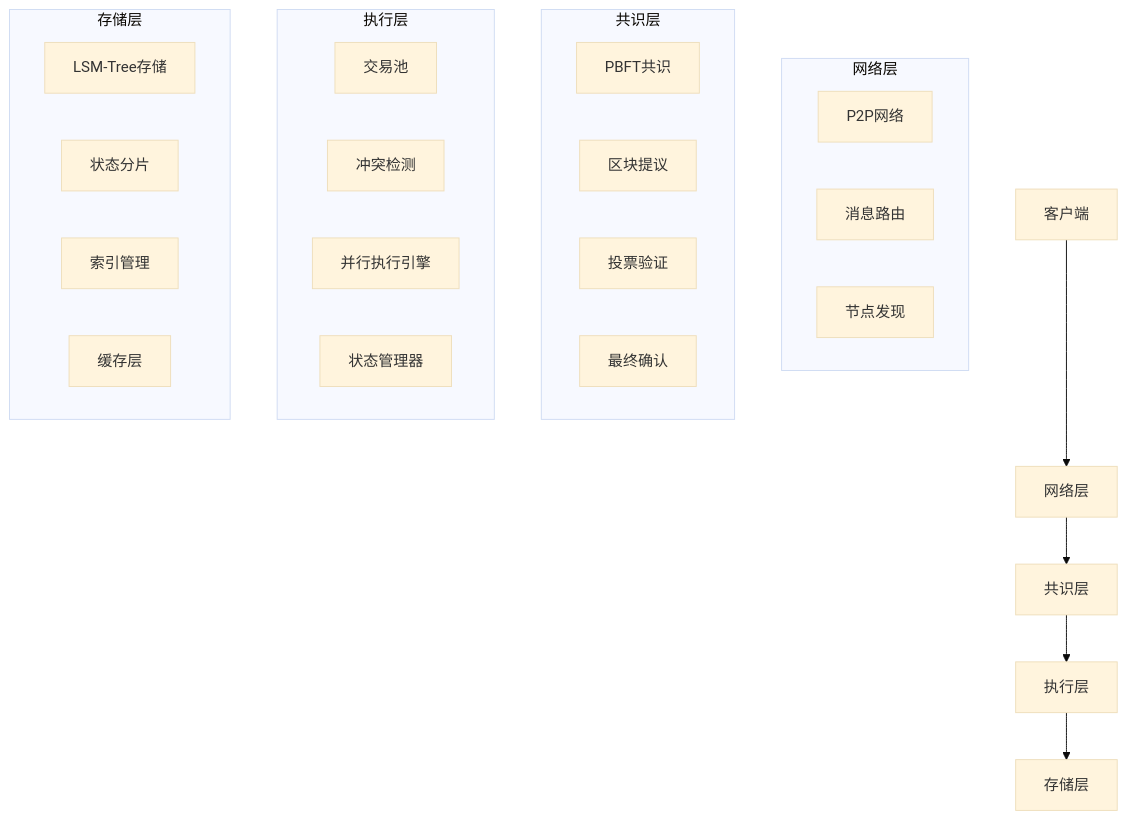
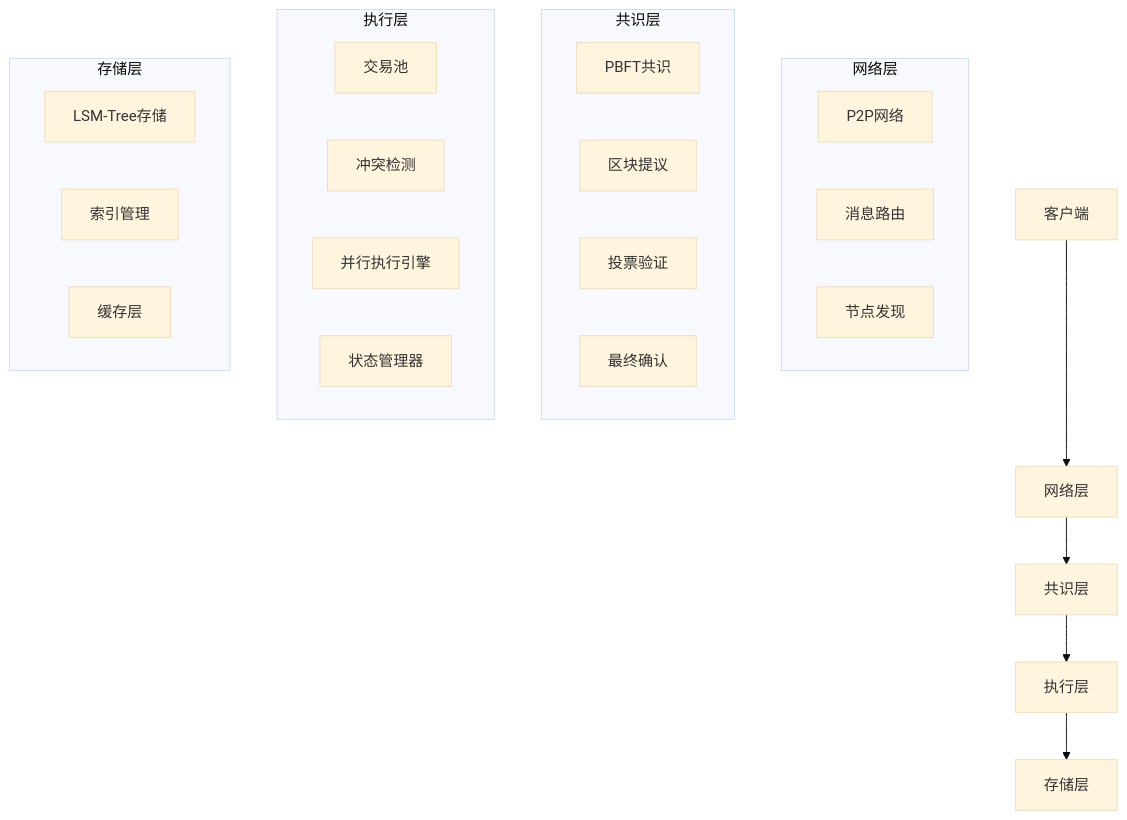
Before and after one commit to lengzhao/chain: the diagram in docs/architecture.md, drawn with Mermaid (base theme). The commit also changed other lines of this file and 35 other files, not shown here.

````diff
--- a/docs/architecture.md
+++ b/docs/architecture.md
@@ -9,34 +9,33 @@
 ```mermaid
 graph TB
     A[客户端] --> B[网络层]
     B --> C[共识层]
     C --> D[执行层]
     D --> E[存储层]
     
     subgraph "网络层"
         B1[P2P网络]
         B2[消息路由]
         B3[节点发现]
     end
     
     subgraph "共识层"
         C1[PBFT共识]
         C2[区块提议]
         C3[投票验证]
         C4[最终确认]
     end
     
     subgraph "执行层"
         D1[交易池]
         D2[冲突检测]
         D3[并行执行引擎]
         D4[状态管理器]
     end
     
     subgraph "存储层"
         E1[LSM-Tree存储]
-        E2[状态分片]
-        E3[索引管理]
-        E4[缓存层]
+        E2[索引管理]
+        E3[缓存层]
     end
 ```
````
